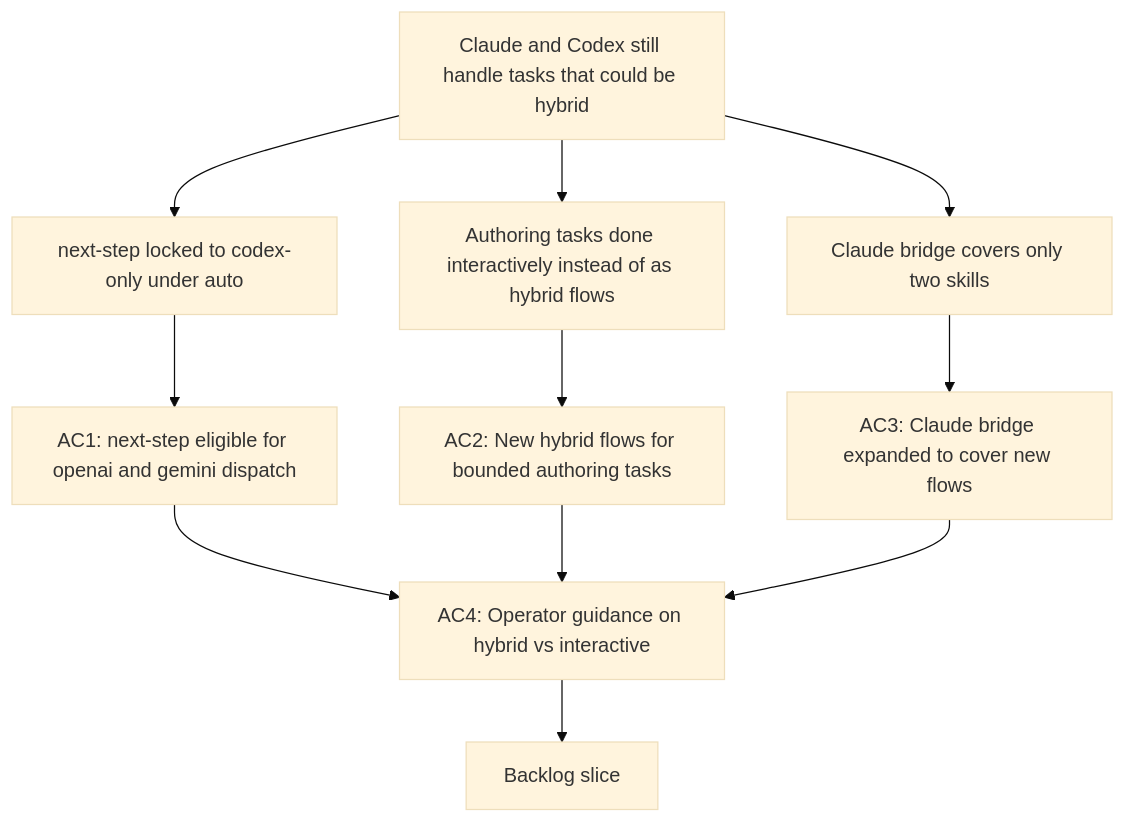
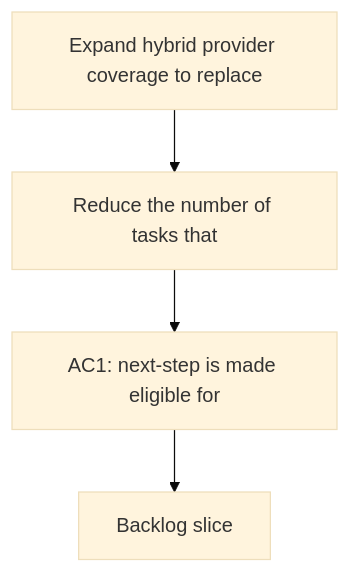
The diagram in logics/request/req_125_expand_hybrid_provider_coverage_to_replace_more_claude_and_codex_interactive_flows.md (AlexAgo83/logics-manager), drawn with Mermaid (base theme) before and after one commit. The commit also changed other lines of this file and 481 other files, not shown here.

````diff
--- a/logics/request/req_125_expand_hybrid_provider_coverage_to_replace_more_claude_and_codex_interactive_flows.md
+++ b/logics/request/req_125_expand_hybrid_provider_coverage_to_replace_more_claude_and_codex_interactive_flows.md
@@ -31,15 +34,8 @@
 ```mermaid
 %% logics-kind: request
 %% logics-signature: request|expand-hybrid-provider-coverage-to-repla|reduce-the-number-of-tasks-that|ac1-next-step-is-made-eligible-for
 flowchart TD
-    Gap[Claude and Codex still handle tasks that could be hybrid] --> G1[next-step locked to codex-only under auto]
-    Gap --> G2[Authoring tasks done interactively instead of as hybrid flows]
-    Gap --> G3[Claude bridge covers only two skills]
-    G1 --> AC1[AC1: next-step eligible for openai and gemini dispatch]
-    G2 --> AC2[AC2: New hybrid flows for bounded authoring tasks]
-    G3 --> AC3[AC3: Claude bridge expanded to cover new flows]
-    AC1 --> AC4[AC4: Operator guidance on hybrid vs interactive]
-    AC2 --> AC4
-    AC3 --> AC4
-    AC4 --> Backlog[Backlog slice]
+    Trigger[Expand hybrid provider coverage to replace] --> Need[Reduce the number of tasks that]
+    Need --> Outcome[AC1: next-step is made eligible for]
+    Outcome --> Backlog[Backlog slice]
 ```
````
